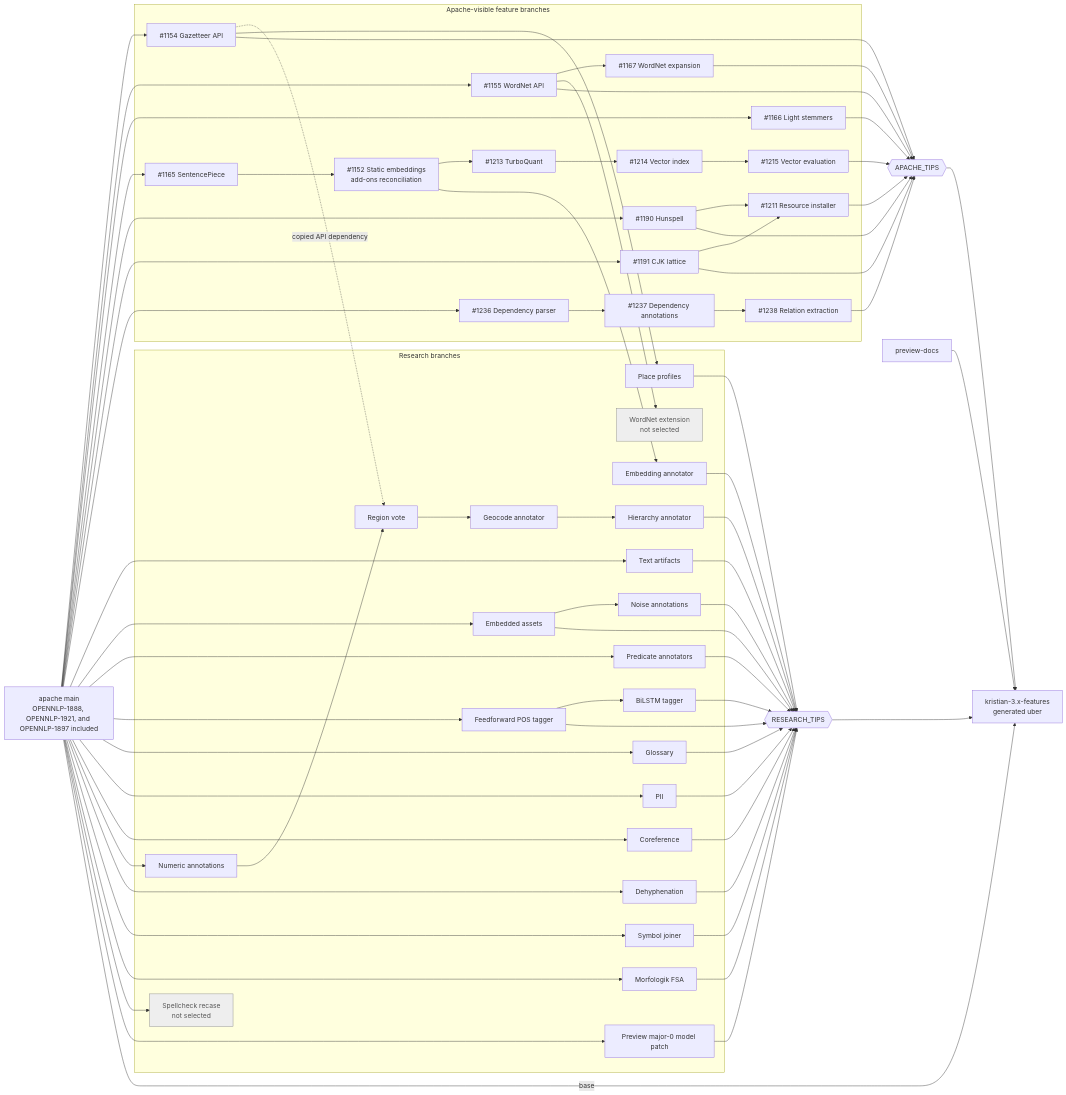
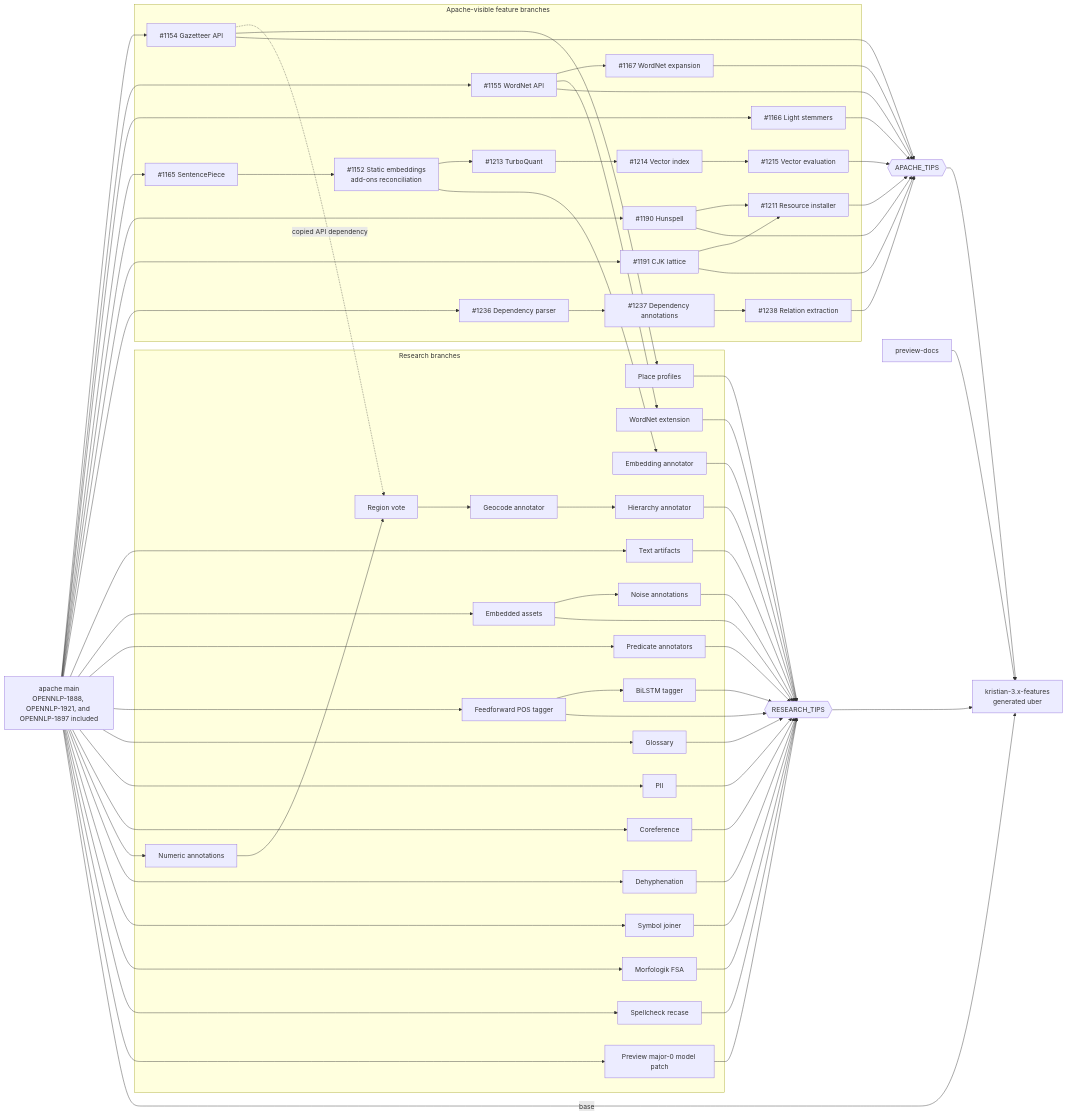
Before and after one commit to ai-pipestream/opennlp: the diagram in RESEARCH_BRANCHES.md, drawn with Mermaid. The commit also changed other lines of this file, not shown here.

Commit message:
Admit every research feature to the uber preview

````diff
--- a/RESEARCH_BRANCHES.md
+++ b/RESEARCH_BRANCHES.md
@@ -82,8 +81,8 @@
     symbols["Symbol joiner"]
     morfologik["Morfologik FSA"]
     dehyphenation["Dehyphenation"]
-    recase["Spellcheck recase<br/>not selected"]
-    wordnetExtension["WordNet extension<br/>not selected"]
+    recase["Spellcheck recase"]
+    wordnetExtension["WordNet extension"]
     major0["Preview major-0 model patch"]
   end
 
@@ -140,8 +139,10 @@
   profiles --> researchTips
   embedding --> researchTips
   symbols --> researchTips
+  recase --> researchTips
   morfologik --> researchTips
   dehyphenation --> researchTips
+  wordnetExtension --> researchTips
   major0 --> researchTips
 
   main -->|base| uber
@@ -149,6 +150,4 @@
   researchTips --> uber
   previewDocs --> uber
 
-  classDef parked fill:#eee,stroke:#888,color:#555;
-  class recase,wordnetExtension parked;
 ```
````
